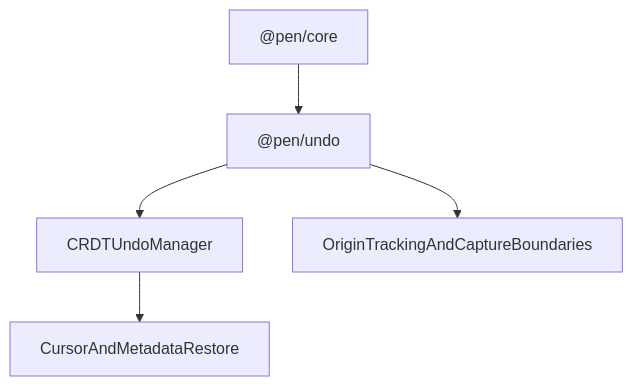
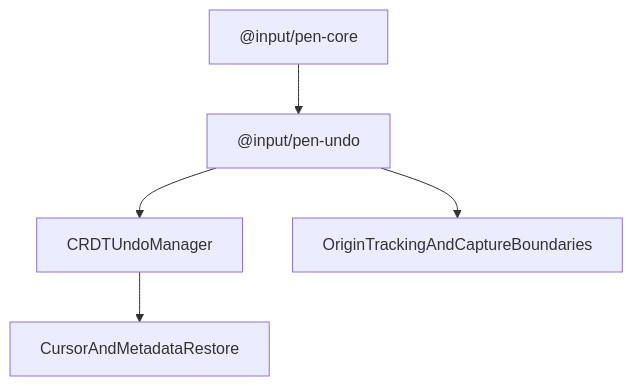
Before and after one commit to JayaKrishnaNamburu/pen: the diagram in spec/packages/extensions/undo.md, drawn with Mermaid. The commit also changed other lines of this file and 989 other files, not shown here.

First line of the commit message:
Update package names and configurations to reflect rebranding from '@pen' to '@input'

````diff
--- a/spec/packages/extensions/undo.md
+++ b/spec/packages/extensions/undo.md
@@ -29,13 +29,13 @@
 ```mermaid
 flowchart TD
-  Core["@pen/core"]
-  Undo["@pen/undo"]
+  Core["@input/pen-core"]
+  Undo["@input/pen-undo"]
   CRDT[CRDTUndoManager]
   Groups[OriginTrackingAndCaptureBoundaries]
   Restore[CursorAndMetadataRestore]
 
   Core --> Undo
   Undo --> CRDT
   Undo --> Groups
   CRDT --> Restore
 ```
````
